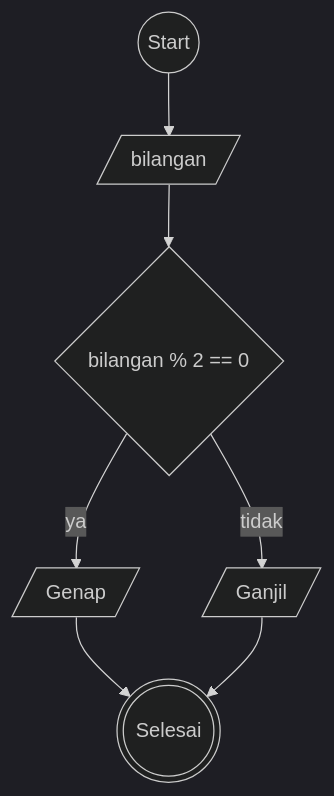
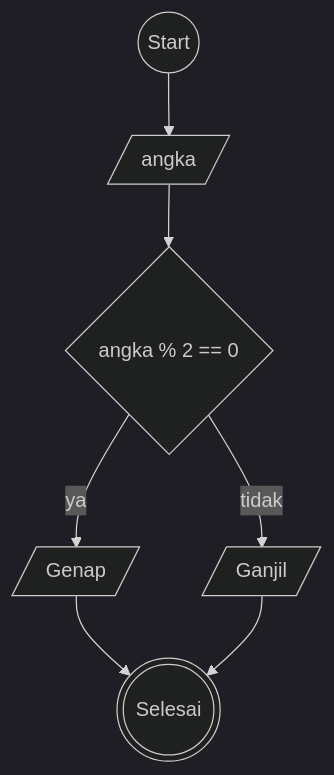
One commit to ktsrqsdev/koda-b10-algoritma changed the first of 2 diagrams in README.md. Above: the diagram before and after it, drawn with Mermaid (dark theme). The commit also changed other lines of this file, not shown here.

Commit message:
Update terminology from 'bilangan' to 'angka'

````diff
--- a/README.md
+++ b/README.md
@@ -19,18 +19,18 @@
 ``` mermaid
 
     flowchart TD
     start@{ shape: circle, label: "Start" }
-    inputAngka@{ shape: lean-r, label: "bilangan" }
-    modulo@{ shape: diamond, label: "bilangan % 2 == 0" }
+    inputAngka@{ shape: lean-r, label: "angka" }
+    modulo@{ shape: diamond, label: "angka % 2 == 0" }
     genap@{ shape: lean-r, label: "Genap" }
     ganjil@{ shape: lean-r, label: "Ganjil" }
     selesai@{ shape: dbl-circ, label: "Selesai" }
     
     start --> inputAngka
     inputAngka --> modulo
     modulo --ya--> genap
     modulo --tidak--> ganjil
     genap & ganjil --> selesai
     
     
 ```
````
